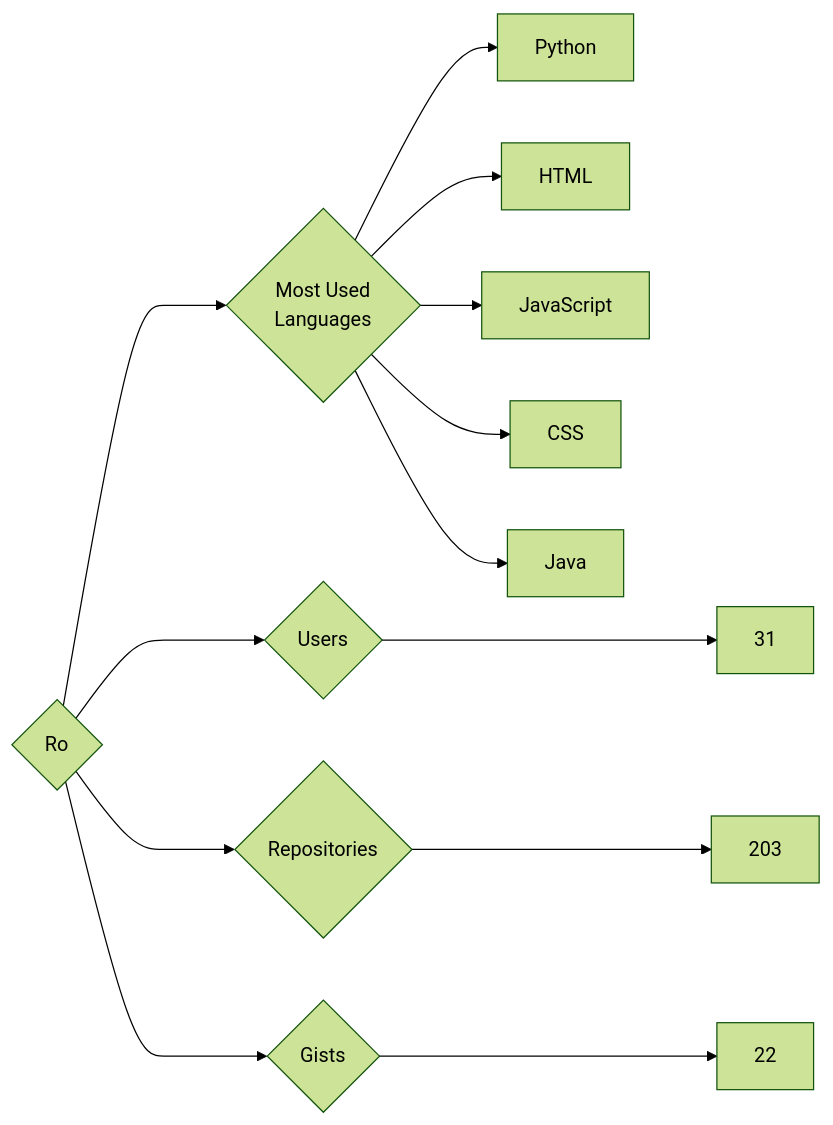
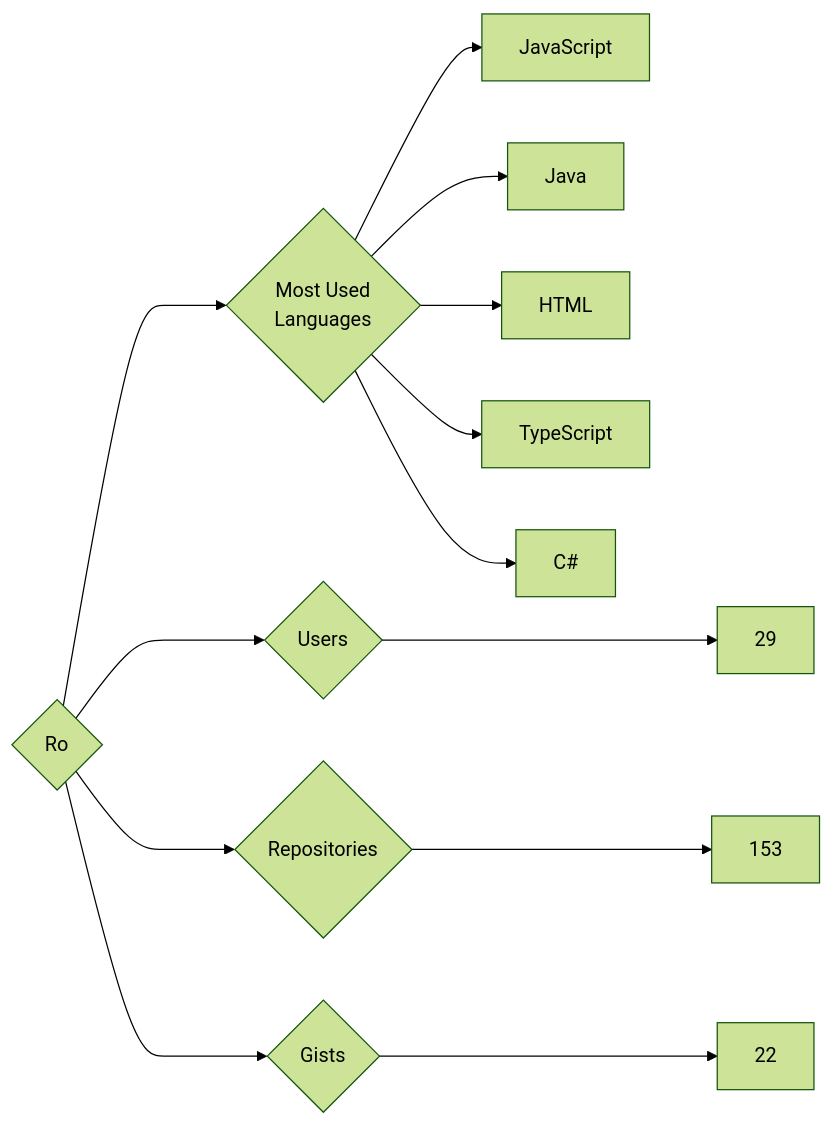
The diagram in targets/Ro/README.md (trickest/insiders), drawn with Mermaid (forest theme) before and after one commit. The commit also changed 681 other files, not shown here.

````diff
--- a/targets/Ro/README.md
+++ b/targets/Ro/README.md
@@ -3,13 +3,13 @@
 ```mermaid
 graph LR
 COMPANY_NAME{Ro}
-COMPANY_NAME ---> U{Users} ---> UN[31]
-COMPANY_NAME ---> R{Repositories} ---> RN[203]
+COMPANY_NAME ---> U{Users} ---> UN[29]
+COMPANY_NAME ---> R{Repositories} ---> RN[153]
 COMPANY_NAME ---> G{Gists} ---> GN[22]
 COMPANY_NAME ---> ML{Most Used<br>Languages}
-ML --> Python[Python]
+ML --> JavaScript[JavaScript]
+ML --> Java[Java]
 ML --> HTML[HTML]
-ML --> JavaScript[JavaScript]
-ML --> CSS[CSS]
-ML --> Java[Java]
+ML --> TypeScript[TypeScript]
+ML --> C#[C#]
 ```
````
